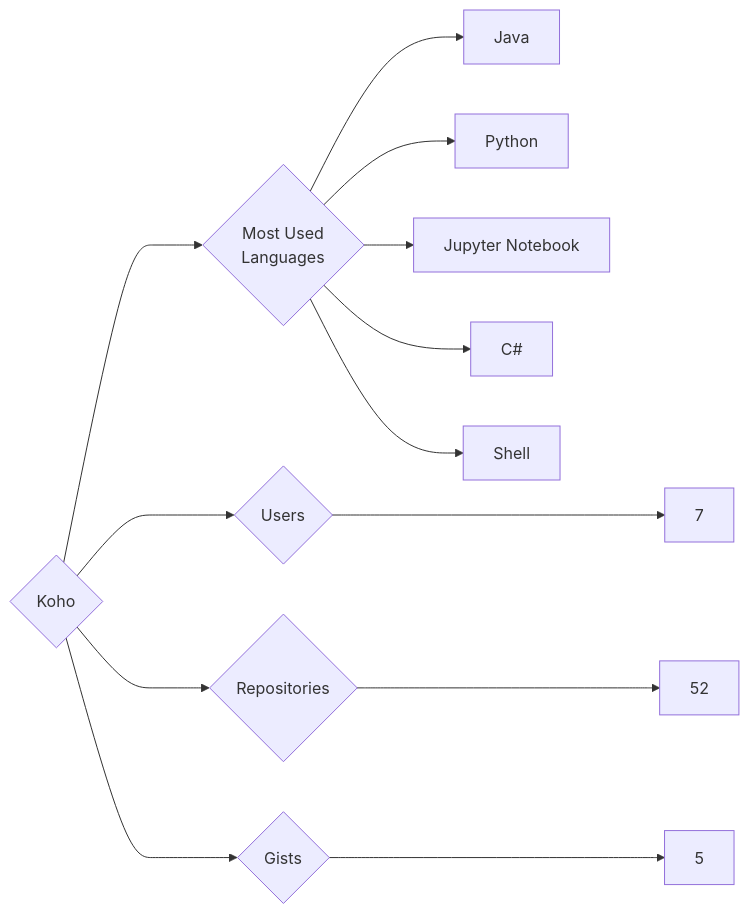
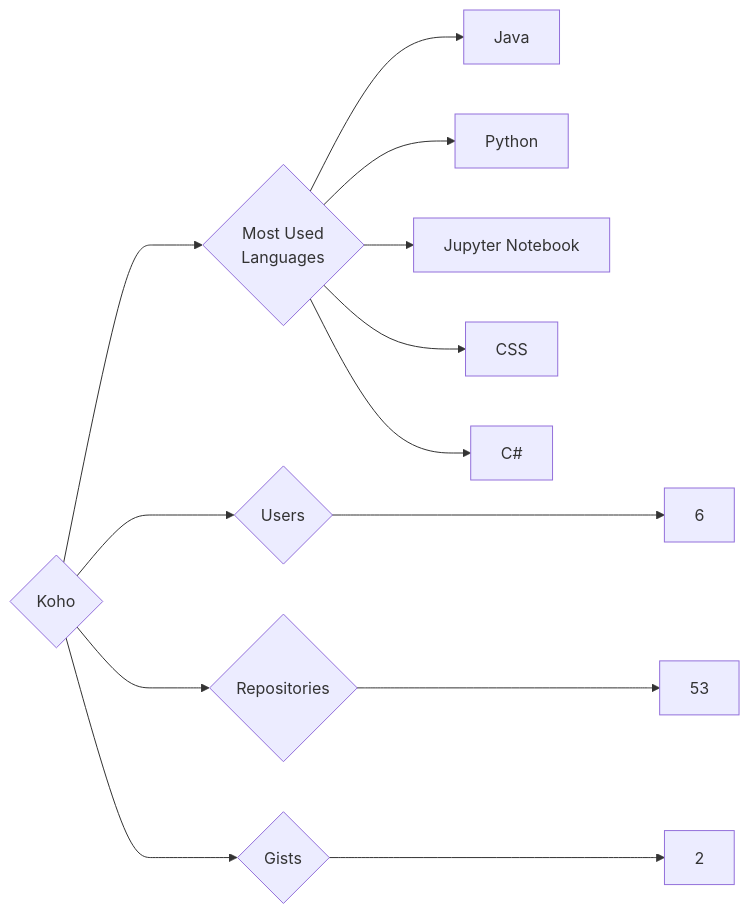
Before and after one commit to trickest/insiders: the diagram in targets/Koho/README.md, drawn with Mermaid. The commit also changed 895 other files, not shown here.

````diff
--- a/targets/Koho/README.md
+++ b/targets/Koho/README.md
@@ -3,13 +3,13 @@
 ```mermaid
 graph LR
 COMPANY_NAME{Koho}
-COMPANY_NAME ---> U{Users} ---> UN[7]
-COMPANY_NAME ---> R{Repositories} ---> RN[52]
-COMPANY_NAME ---> G{Gists} ---> GN[5]
+COMPANY_NAME ---> U{Users} ---> UN[6]
+COMPANY_NAME ---> R{Repositories} ---> RN[53]
+COMPANY_NAME ---> G{Gists} ---> GN[2]
 COMPANY_NAME ---> ML{Most Used<br>Languages}
 ML --> Java[Java]
 ML --> Python[Python]
 ML --> Jupyter_Notebook[Jupyter Notebook]
+ML --> CSS[CSS]
 ML --> C#[C#]
-ML --> Shell[Shell]
 ```
````
